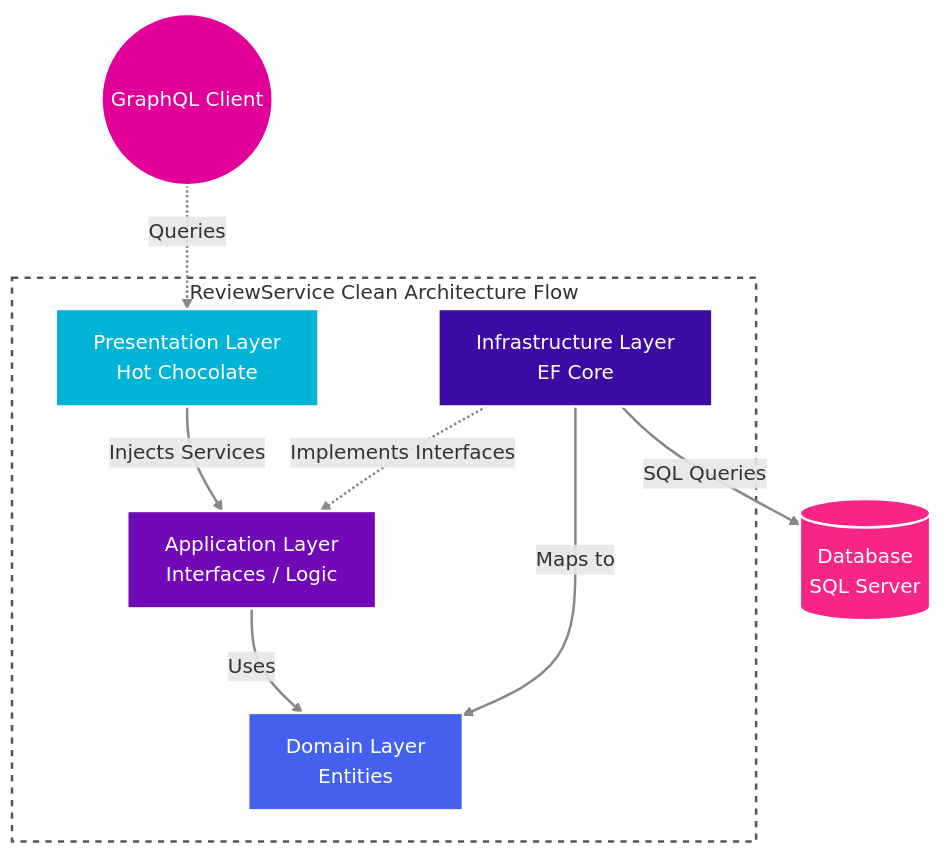
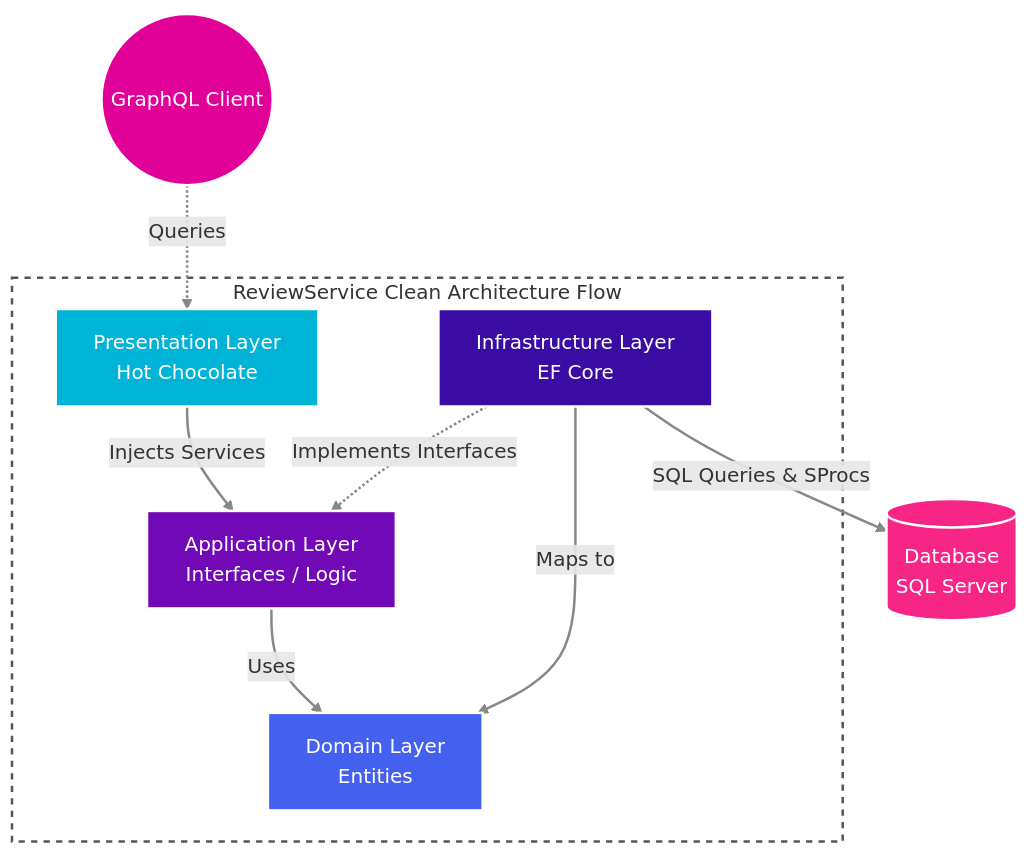
The first of 4 diagrams in ReviewService.Api/README.md (Rashmi-1609/BookswagonAPI25), drawn with Mermaid before and after one commit. The commit also changed other lines of this file, not shown here.

````diff
--- a/ReviewService.Api/README.md
+++ b/ReviewService.Api/README.md
@@ -13,31 +67,31 @@
 ```mermaid
 graph TD
     %% Catchy, modern color palette compatible with GitHub dark/light mode
     classDef client fill:#E10098,color:#fff,stroke:#fff,stroke-width:2px;
     classDef pres fill:#00B4D8,color:#fff,stroke:#fff,stroke-width:2px;
     classDef app fill:#7209B7,color:#fff,stroke:#fff,stroke-width:2px;
     classDef infra fill:#3A0CA3,color:#fff,stroke:#fff,stroke-width:2px;
     classDef domain fill:#4361EE,color:#fff,stroke:#fff,stroke-width:2px;
     classDef ext fill:#F72585,color:#fff,stroke:#fff,stroke-width:2px;
 
     %% Bright link styles for better visibility
     linkStyle default stroke:#888,stroke-width:2px;
 
     Client((GraphQL Client)):::client -.->|Queries| Pres
-    
+
     subgraph Architecture [ReviewService Clean Architecture Flow]
         style Architecture fill:transparent,stroke:#555,stroke-width:2px,stroke-dasharray: 5 5;
-        
+
         Pres[Presentation Layer<br>Hot Chocolate]:::pres
         App[Application Layer<br>Interfaces / Logic]:::app
         Infra[Infrastructure Layer<br>EF Core]:::infra
         Domain[Domain Layer<br>Entities]:::domain
-        
+
         Pres -->|Injects Services| App
         App -->|Uses| Domain
         Infra -.->|Implements Interfaces| App
         Infra -->|Maps to| Domain
     end
 
-    Infra -->|SQL Queries| DB[(Database<br>SQL Server)]:::ext
+    Infra -->|SQL Queries & SProcs| DB[(Database<br>SQL Server)]:::ext
 ```
````
